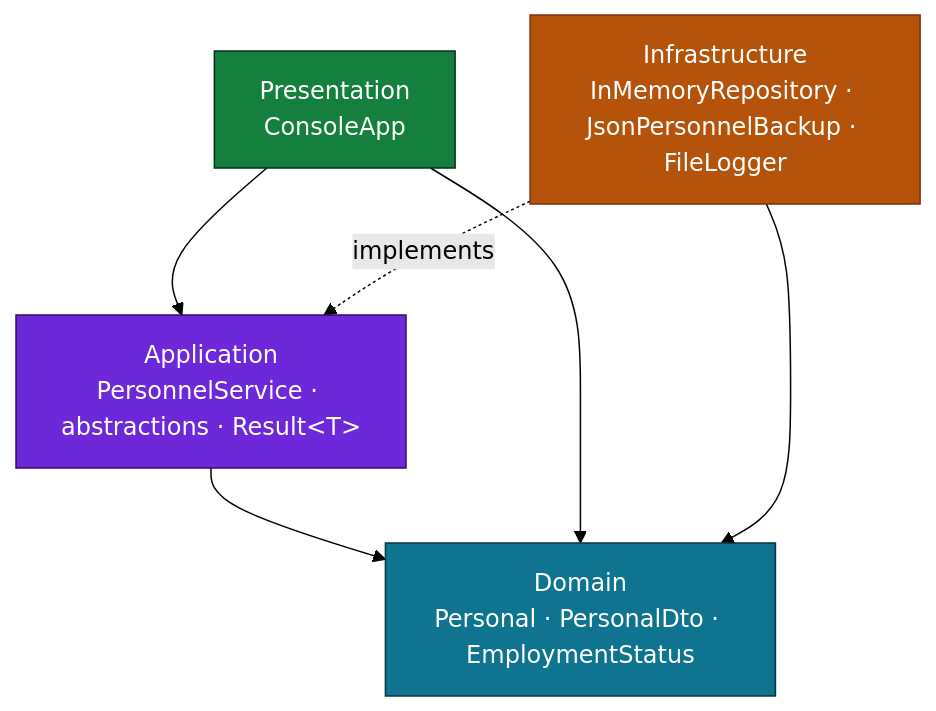
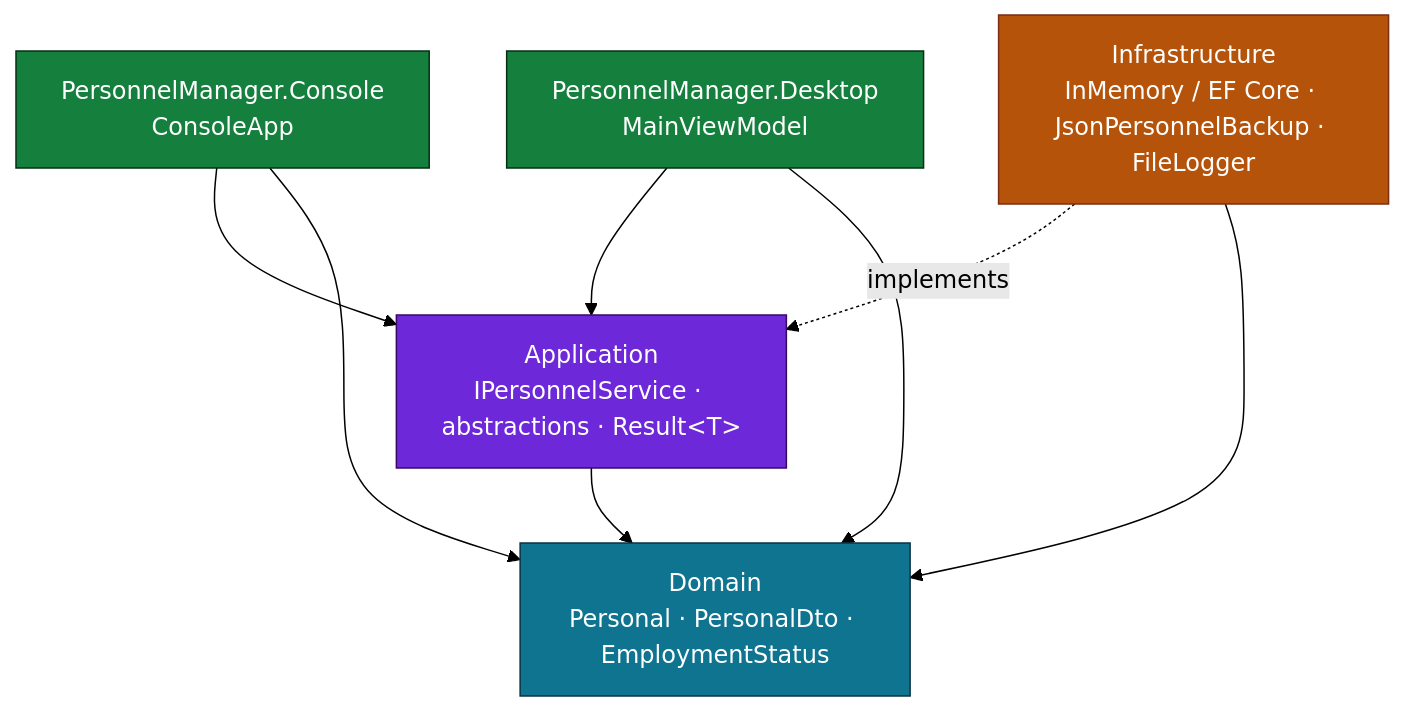
One commit to BenoitGoethals/PersonalManager changed the first of 6 diagrams in README.md. Above: the diagram before and after it, drawn with Mermaid (forest theme). The commit also changed other lines of this file and 21 other files, not shown here.

````diff
--- a/README.md
+++ b/README.md
@@ -112,17 +137,20 @@
 ```mermaid
 flowchart TD
-    P[Presentation<br/>ConsoleApp] --> A
-    I[Infrastructure<br/>InMemoryRepository · JsonPersonnelBackup · FileLogger] -. implements .-> A
-    A[Application<br/>PersonnelService · abstractions · Result&lt;T&gt;] --> D[Domain<br/>Personal · PersonalDto · EmploymentStatus]
-    P --> D
+    C[PersonnelManager.Console<br/>ConsoleApp] --> A
+    V[PersonnelManager.Desktop<br/>MainViewModel] --> A
+    I[Infrastructure<br/>InMemory / EF Core · JsonPersonnelBackup · FileLogger] -. implements .-> A
+    A[Application<br/>IPersonnelService · abstractions · Result&lt;T&gt;] --> D[Domain<br/>Personal · PersonalDto · EmploymentStatus]
+    C --> D
+    V --> D
     I --> D
 
     classDef domain fill:#0e7490,stroke:#083344,color:#fff;
     classDef app fill:#6d28d9,stroke:#3b0764,color:#fff;
     classDef infra fill:#b45309,stroke:#7c2d12,color:#fff;
     classDef pres fill:#15803d,stroke:#052e16,color:#fff;
     class D domain
     class A app
     class I infra
-    class P pres
+    class C pres
+    class V pres
 ```
````
